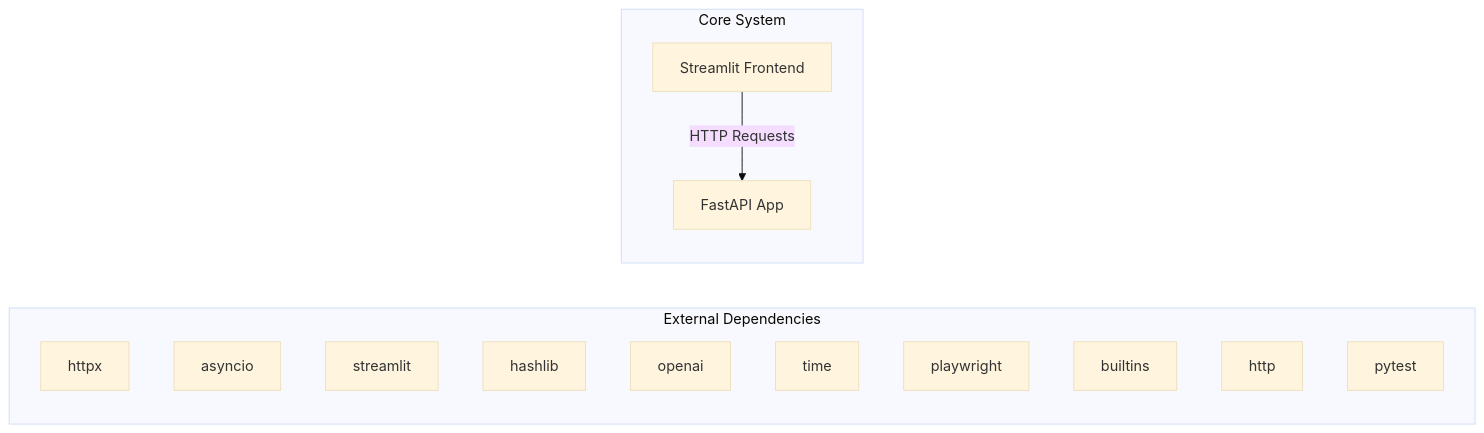
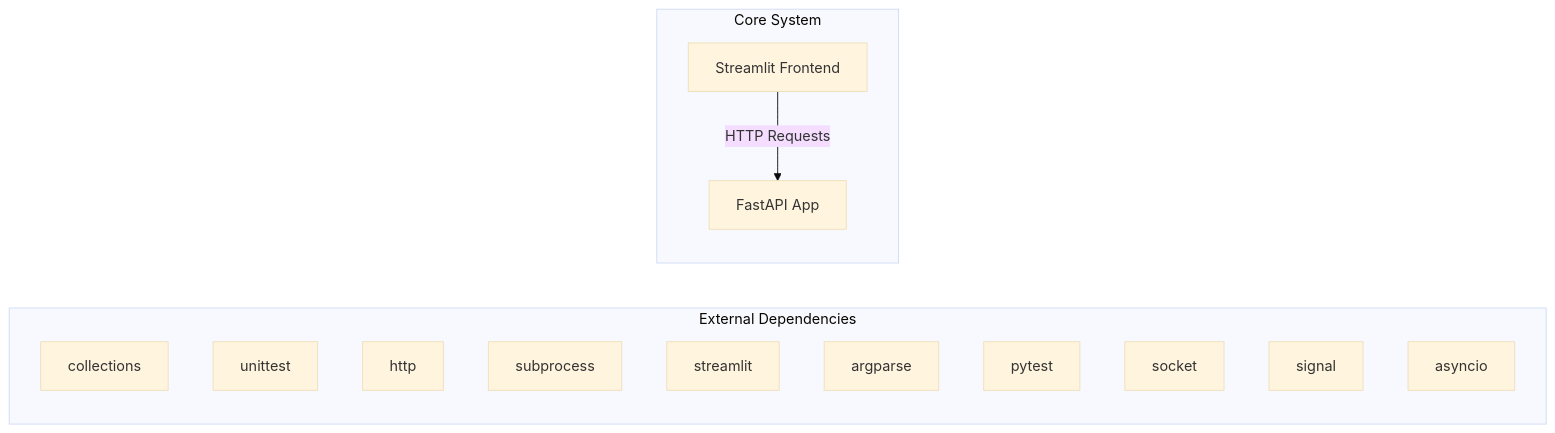
The first of 2 diagrams in docs/architecture.md (NITISH-R-G/rag-context-optimizer), drawn with Mermaid (base theme) before and after one commit. The commit also changed 1 other file, not shown here.

Commit message:
docs: auto-update repository knowledge, architecture diagrams, and documentation

````diff
--- a/docs/architecture.md
+++ b/docs/architecture.md
@@ -7,20 +7,20 @@
 ```mermaid
 graph LR
     subgraph External Dependencies
-        E0["httpx"]
-        E1["asyncio"]
-        E2["streamlit"]
-        E3["hashlib"]
-        E4["openai"]
-        E5["time"]
-        E6["playwright"]
-        E7["builtins"]
-        E8["http"]
-        E9["pytest"]
+        E0["collections"]
+        E1["unittest"]
+        E2["http"]
+        E3["subprocess"]
+        E4["streamlit"]
+        E5["argparse"]
+        E6["pytest"]
+        E7["socket"]
+        E8["signal"]
+        E9["asyncio"]
     end
     subgraph Core System
         API["FastAPI App"]
         UI["Streamlit Frontend"]
     end
     UI -->|HTTP Requests| API
 ```
````
